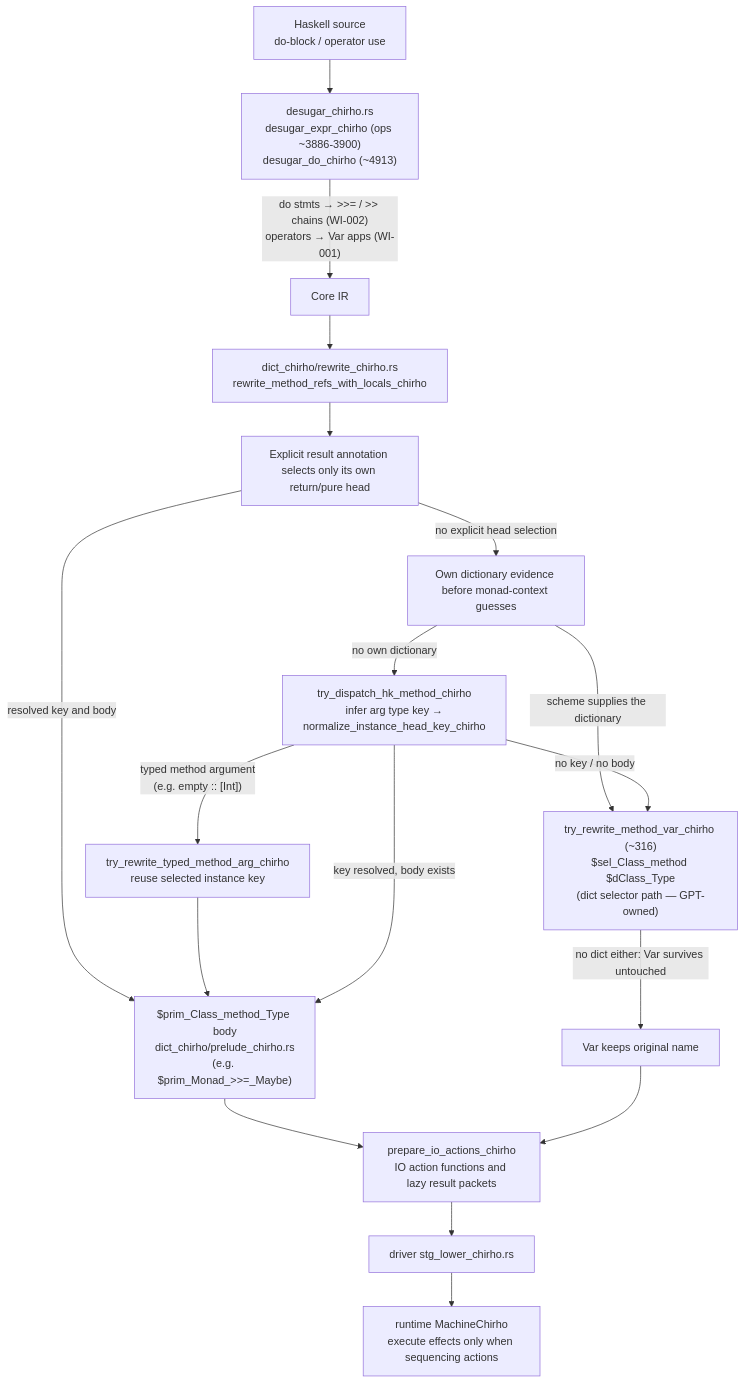
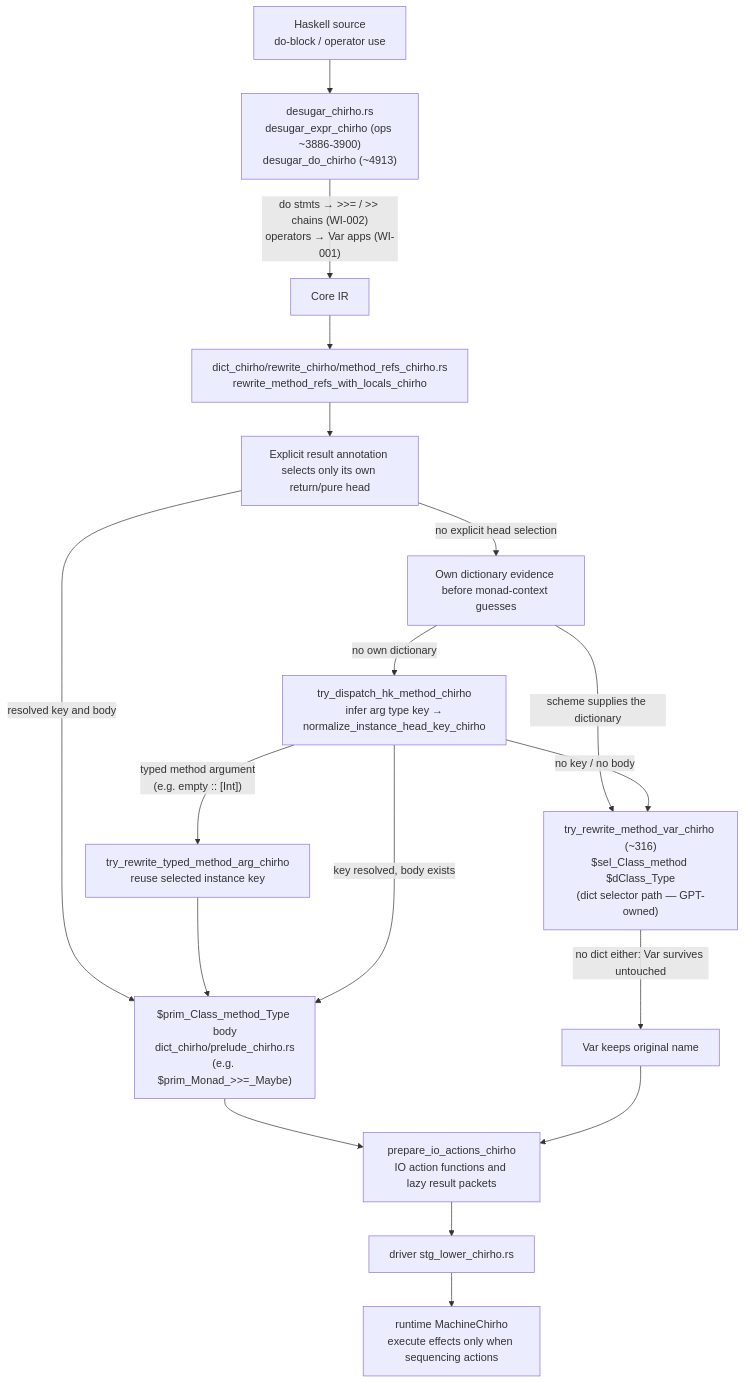
One commit to loveJesus/haskelujah-chirho changed the diagram in spec-chirho/workflows-chirho/monadic-dispatch-chirho.md. Above: the diagram before and after it, drawn with Mermaid. The commit also changed 1 other file, not shown here.

Commit message:
docs(dict): point the dispatch workflow at the walker's module
The monadic-dispatch workflow's DICTPASS node now names
dict_chirho/rewrite_chirho/method_refs_chirho.rs, where
rewrite_method_refs_with_locals_chirho lives after the split. Every
function-name citation in the workflow docs stays valid.

The dict split tasklist ticks C2-C4 and records the two narrow formatter
amendments exactly:
- B (#28145) for the moved tests file;
- B2 (#28148) for the four C3 signatures.

Claude-Session: https://claude.ai/code/session_01LRrgFGkGctAoiJg84HUmpx

````diff
--- a/spec-chirho/workflows-chirho/monadic-dispatch-chirho.md
+++ b/spec-chirho/workflows-chirho/monadic-dispatch-chirho.md
@@ -8,20 +8,20 @@
 ```mermaid
 flowchart TD
     SRC["Haskell source\ndo-block / operator use"] --> DESUGAR["desugar_chirho.rs\ndesugar_expr_chirho (ops ~3886-3900)\ndesugar_do_chirho (~4913)"]
     DESUGAR -->|"do stmts → >>= / >> chains (WI-002)\noperators → Var apps (WI-001)"| CORE["Core IR"]
-    CORE --> DICTPASS["dict_chirho/rewrite_chirho.rs\nrewrite_method_refs_with_locals_chirho"]
+    CORE --> DICTPASS["dict_chirho/rewrite_chirho/method_refs_chirho.rs\nrewrite_method_refs_with_locals_chirho"]
     DICTPASS --> ANNOTATED["Explicit result annotation selects only its own return/pure head"]
     ANNOTATED -->|"resolved key and body"| PRIM
     ANNOTATED -->|"no explicit head selection"| OWN["Own dictionary evidence before monad-context guesses"]
     OWN -->|"scheme supplies the dictionary"| SEL
     OWN -->|"no own dictionary"| HK["try_dispatch_hk_method_chirho\ninfer arg type key →\nnormalize_instance_head_key_chirho"]
     HK -->|"typed method argument\n(e.g. empty :: [Int])"| TYPEDARG["try_rewrite_typed_method_arg_chirho\nreuse selected instance key"]
     TYPEDARG --> PRIM
     HK -->|"key resolved, body exists"| PRIM["$prim_Class_method_Type body\ndict_chirho/prelude_chirho.rs\n(e.g. $prim_Monad_>>=_Maybe)"]
     HK -->|"no key / no body"| SEL["try_rewrite_method_var_chirho (~316)\n$sel_Class_method $dClass_Type\n(dict selector path — GPT-owned)"]
     SEL -->|"no dict either: Var survives untouched"| FALLBACK["Var keeps original name"]
     PRIM --> ACTIONS["prepare_io_actions_chirho\nIO action functions and lazy result packets"]
     FALLBACK --> ACTIONS
     ACTIONS --> STG["driver stg_lower_chirho.rs"]
     STG --> MACHINE["runtime MachineChirho\nexecute effects only when sequencing actions"]
 ```
````
